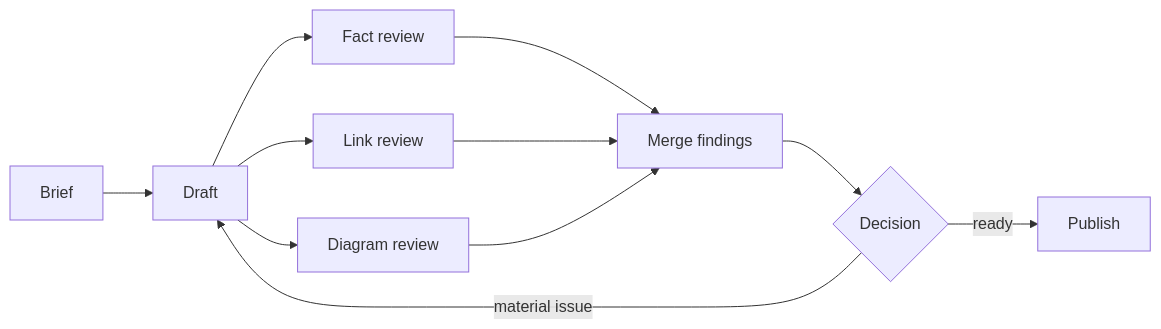
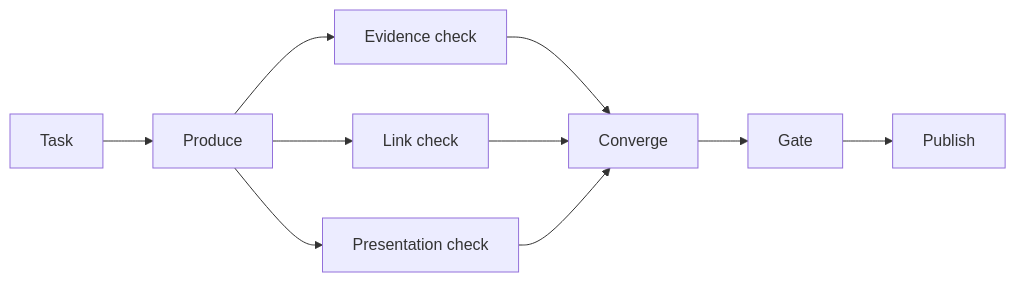
The second of 2 diagrams in src/drafts/df3f4646.md (Herbertcuba/herbertcuba-personal-blog), drawn with Mermaid before and after one commit. The commit also changed other lines of this file, not shown here.

Commit message:
draft(t_3af0b546): Use a Pipeline Until the Work Proves It Needs a Graph

````diff
--- a/src/drafts/df3f4646.md
+++ b/src/drafts/df3f4646.md
@@ -78,13 +81,11 @@
 ```mermaid
 flowchart LR
-  B[Brief] --> D[Draft]
-  D --> F[Fact review]
-  D --> L[Link review]
-  D --> V[Diagram review]
-  F --> M[Merge findings]
-  L --> M
-  V --> M
-  M --> G{Decision}
-  G -->|ready| P[Publish]
-  G -->|material issue| D
+  H1[Task] --> H2[Produce]
+  H2 --> H3[Evidence check]
+  H2 --> H4[Link check]
+  H2 --> H5[Presentation check]
+  H3 --> H6[Converge]
+  H4 --> H6
+  H5 --> H6
+  H6 --> H7[Gate] --> H8[Publish]
 ```
````
